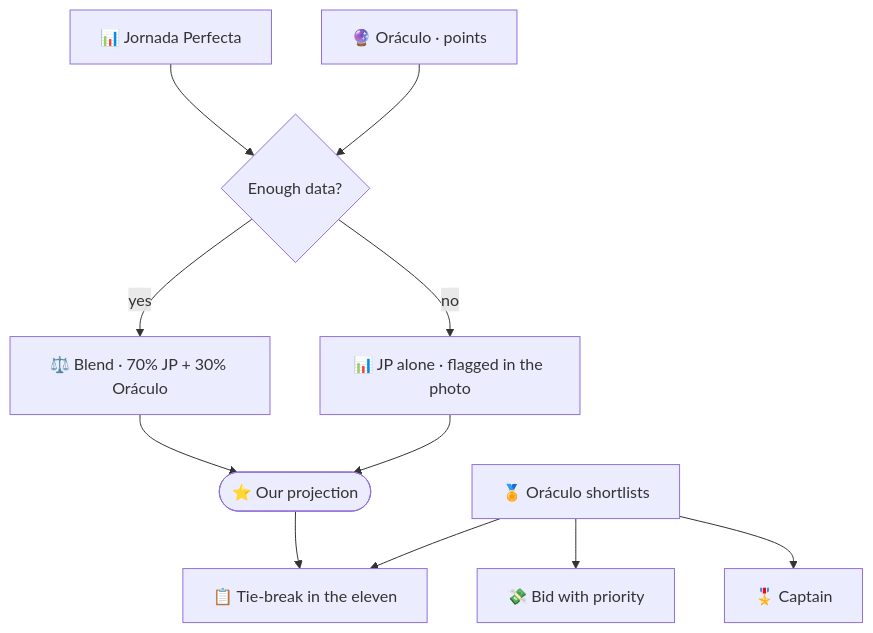
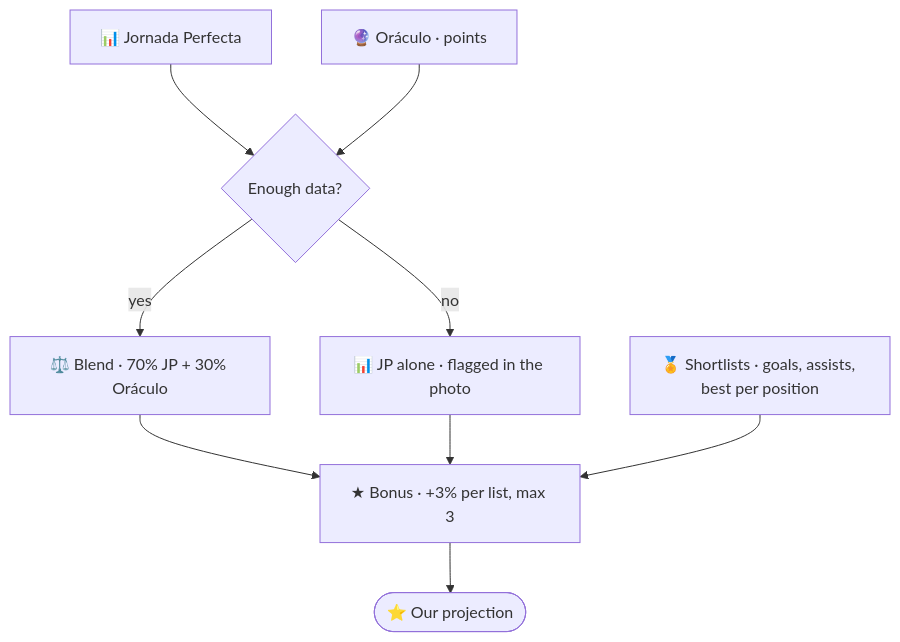
Before and after one commit to jorgelillo7/lillorepo: the diagram in packages/biwenger_tools/README.md, drawn with Mermaid. The commit also changed other lines of this file and 2 other files, not shown here.

First paragraph of the commit message:
docs(biwenger_tools): one number — the list bonus goes inside the projection
Simpler, and the earlier objection was mine to withdraw. The plan kept the
shortlists out of the score because they cover 38 players of ~500, but that
conflated two different kinds of gap:

````diff
--- a/packages/biwenger_tools/README.md
+++ b/packages/biwenger_tools/README.md
@@ -62,23 +62,19 @@
 ```mermaid
 flowchart TD
     JP["📊 Jornada Perfecta"]
     OR["🔮 Oráculo · points"]
+    LST["🏅 Shortlists · goals, assists, best per position"]
     CHK{"Enough data?"}
     MIX["⚖️ Blend · 70% JP + 30% Oráculo"]
     ONLY["📊 JP alone · flagged in the photo"]
+    PLUS["★ Bonus · +3% per list, max 3"]
     OUT(["⭐ Our projection"])
-    LST["🏅 Oráculo shortlists"]
-    BID["💸 Bid with priority"]
-    XI["📋 Tie-break in the eleven"]
-    CAP["🎖️ Captain"]
     JP --> CHK
     OR --> CHK
     CHK -->|yes| MIX
     CHK -->|no| ONLY
-    MIX --> OUT
-    ONLY --> OUT
-    OUT --> XI
-    LST --> BID
-    LST --> XI
-    LST --> CAP
+    MIX --> PLUS
+    ONLY --> PLUS
+    LST --> PLUS
+    PLUS --> OUT
 ```
````
